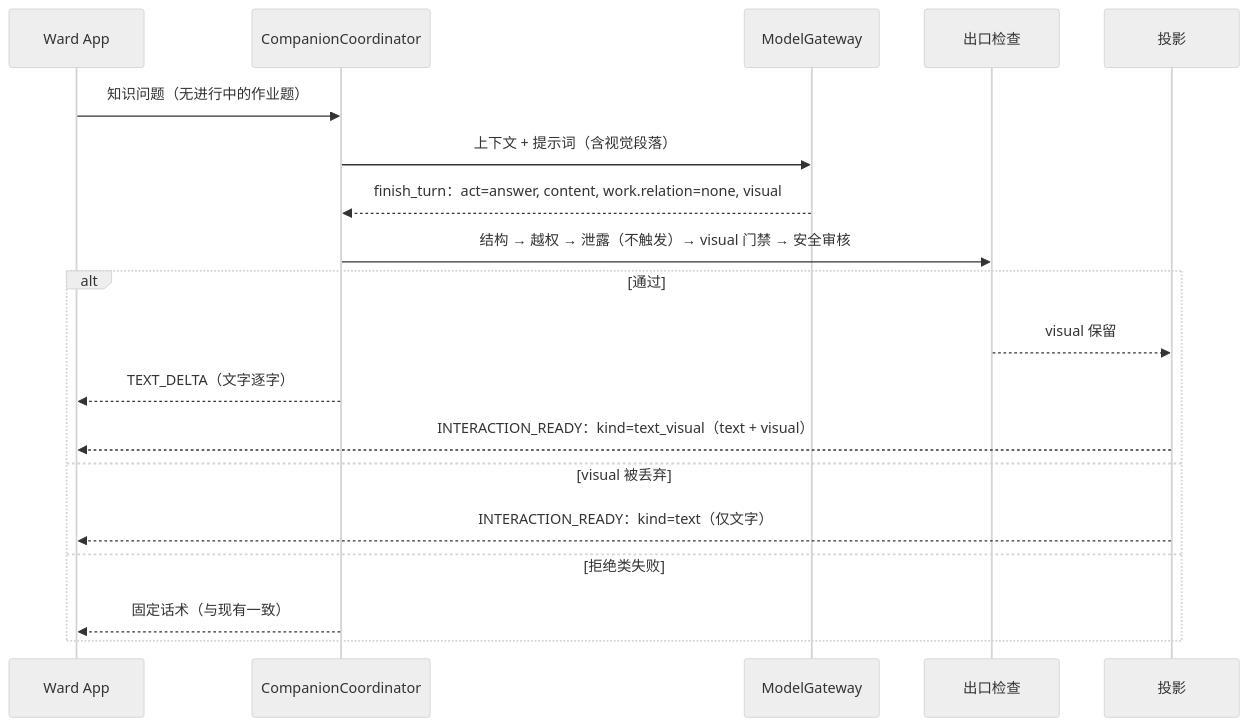
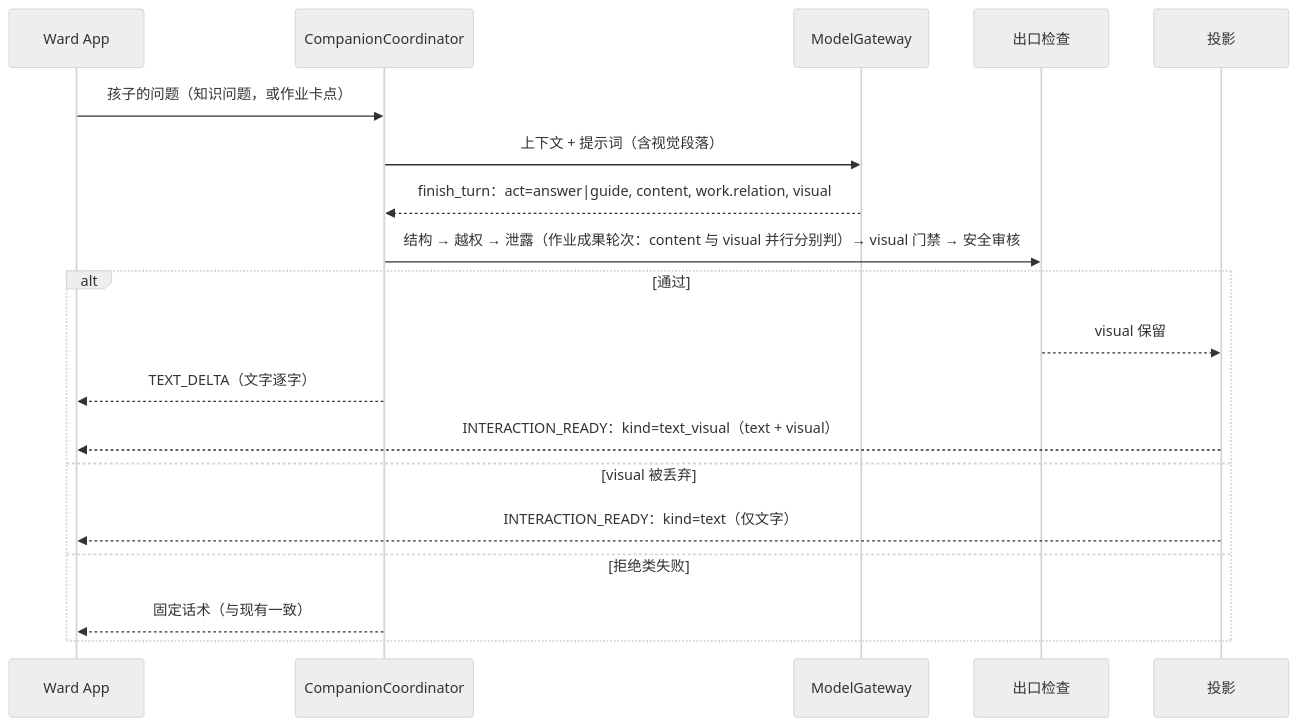
Before and after one commit to johanchow/duxue: the second of 2 diagrams in docs/technical/domain-tutoring-presentation.md, drawn with Mermaid (neutral theme). The commit also changed other lines of this file and 7 other files, not shown here.

````diff
--- a/docs/technical/domain-tutoring-presentation.md
+++ b/docs/technical/domain-tutoring-presentation.md
@@ -258,22 +263,22 @@
 ```mermaid
 sequenceDiagram
     participant W as Ward App
     participant C as CompanionCoordinator
     participant G as ModelGateway
     participant X as 出口检查
     participant P as 投影
 
-    W->>C: 知识问题（无进行中的作业题）
+    W->>C: 孩子的问题（知识问题，或作业卡点）
     C->>G: 上下文 + 提示词（含视觉段落）
-    G-->>C: finish_turn：act=answer, content, work.relation=none, visual
-    C->>X: 结构 → 越权 → 泄露（不触发）→ visual 门禁 → 安全审核
+    G-->>C: finish_turn：act=answer|guide, content, work.relation, visual
+    C->>X: 结构 → 越权 → 泄露（作业成果轮次：content 与 visual 并行分别判）→ visual 门禁 → 安全审核
     alt 通过
         X-->>P: visual 保留
         C-->>W: TEXT_DELTA（文字逐字）
         P-->>W: INTERACTION_READY：kind=text_visual（text + visual）
     else visual 被丢弃
         P-->>W: INTERACTION_READY：kind=text（仅文字）
     else 拒绝类失败
         C-->>W: 固定话术（与现有一致）
     end
 ```
````
